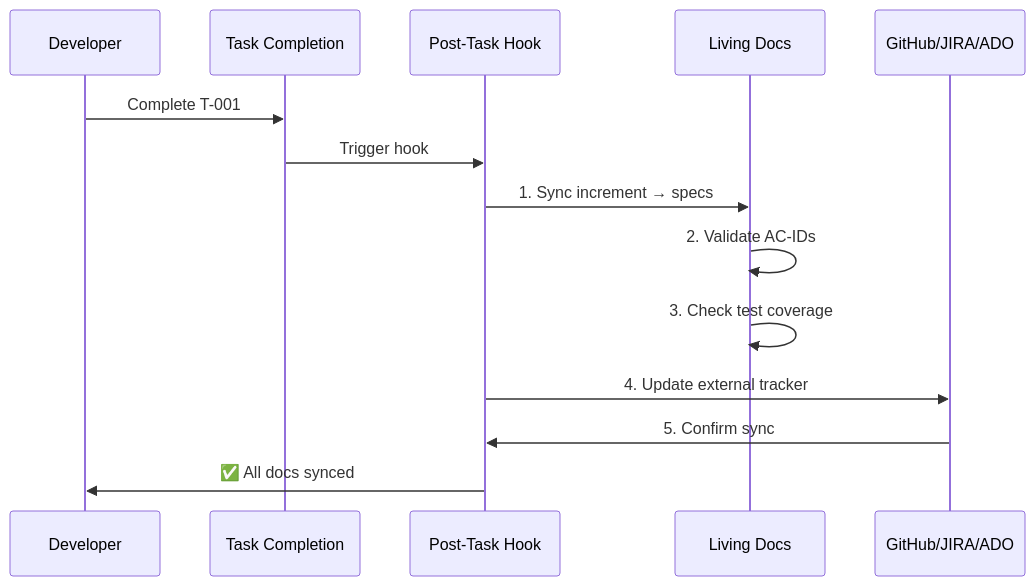
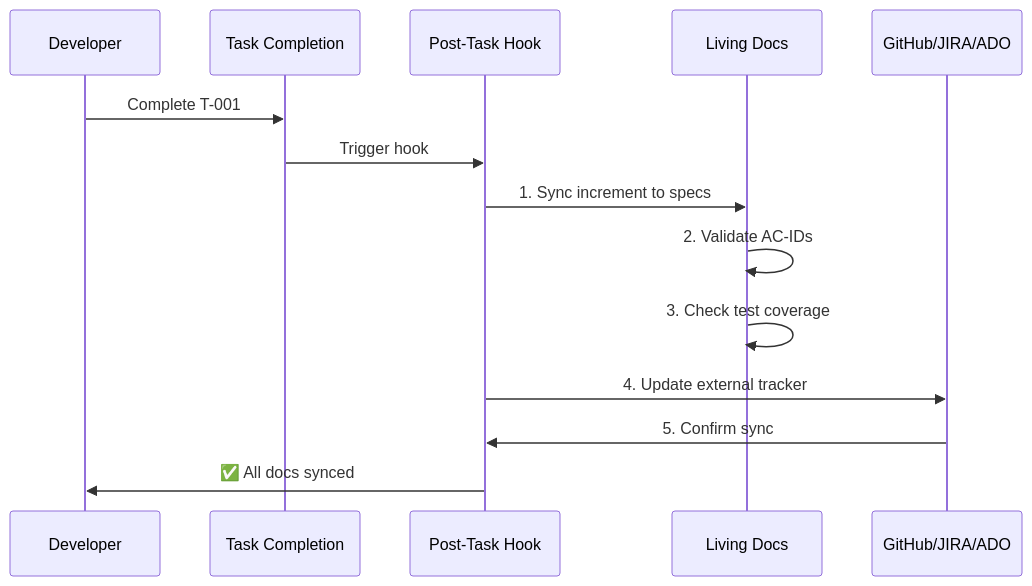
One commit to anton-abyzov/specweave changed the third of 4 diagrams in docs-site/docs/glossary/terms/living-docs.md. Above: the diagram before and after it, drawn with Mermaid. The commit also changed other lines of this file and 23 other files, not shown here.

Commit message:
fix: repair 24 broken Mermaid diagrams — quote special chars, fix state/sequence syntax

````diff
--- a/docs-site/docs/glossary/terms/living-docs.md
+++ b/docs-site/docs/glossary/terms/living-docs.md
@@ -116,17 +116,17 @@
 ```mermaid
 sequenceDiagram
     participant Dev as Developer
     participant Task as Task Completion
     participant Hook as Post-Task Hook
     participant Living as Living Docs
     participant External as GitHub/JIRA/ADO
 
     Dev->>Task: Complete T-001
     Task->>Hook: Trigger hook
-    Hook->>Living: 1. Sync increment → specs
+    Hook->>Living: 1. Sync increment to specs
     Living->>Living: 2. Validate AC-IDs
     Living->>Living: 3. Check test coverage
     Hook->>External: 4. Update external tracker
     External->>Hook: 5. Confirm sync
     Hook->>Dev: ✅ All docs synced
 ```
````
